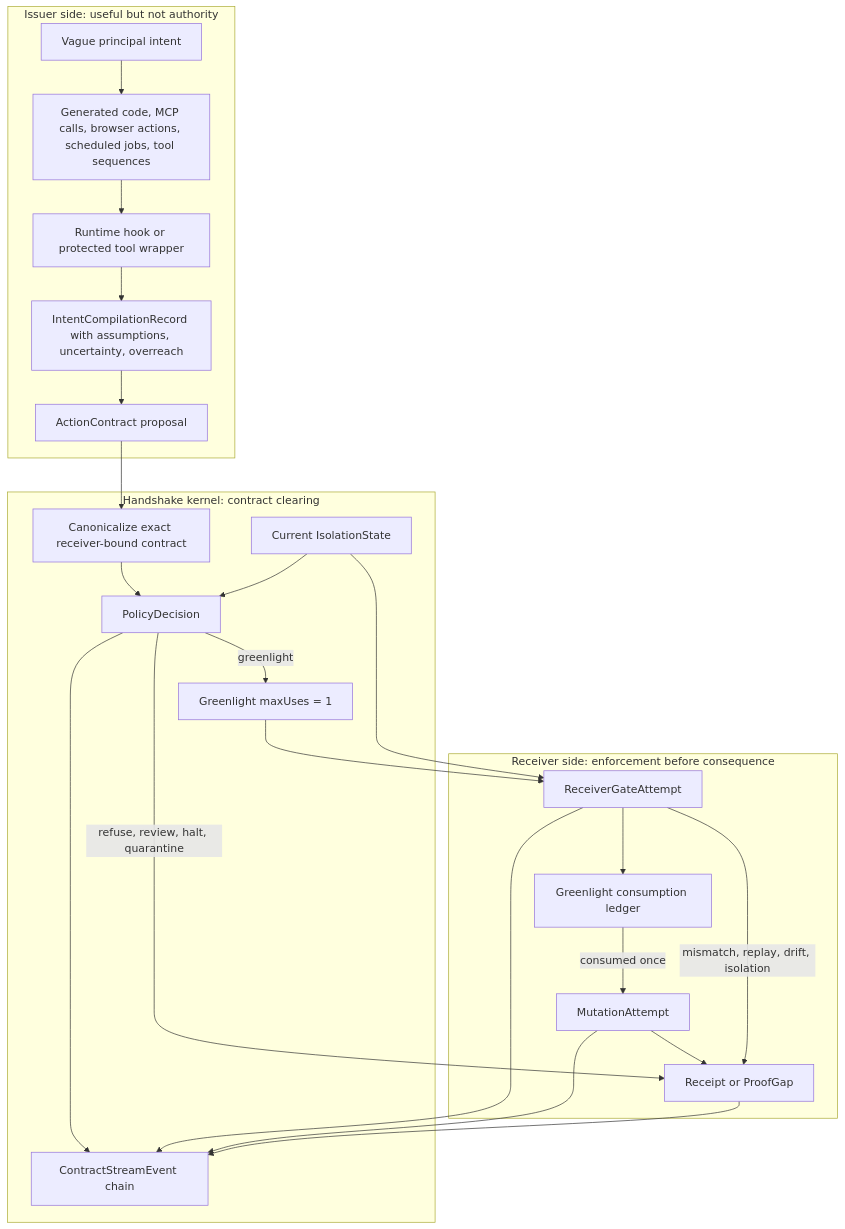
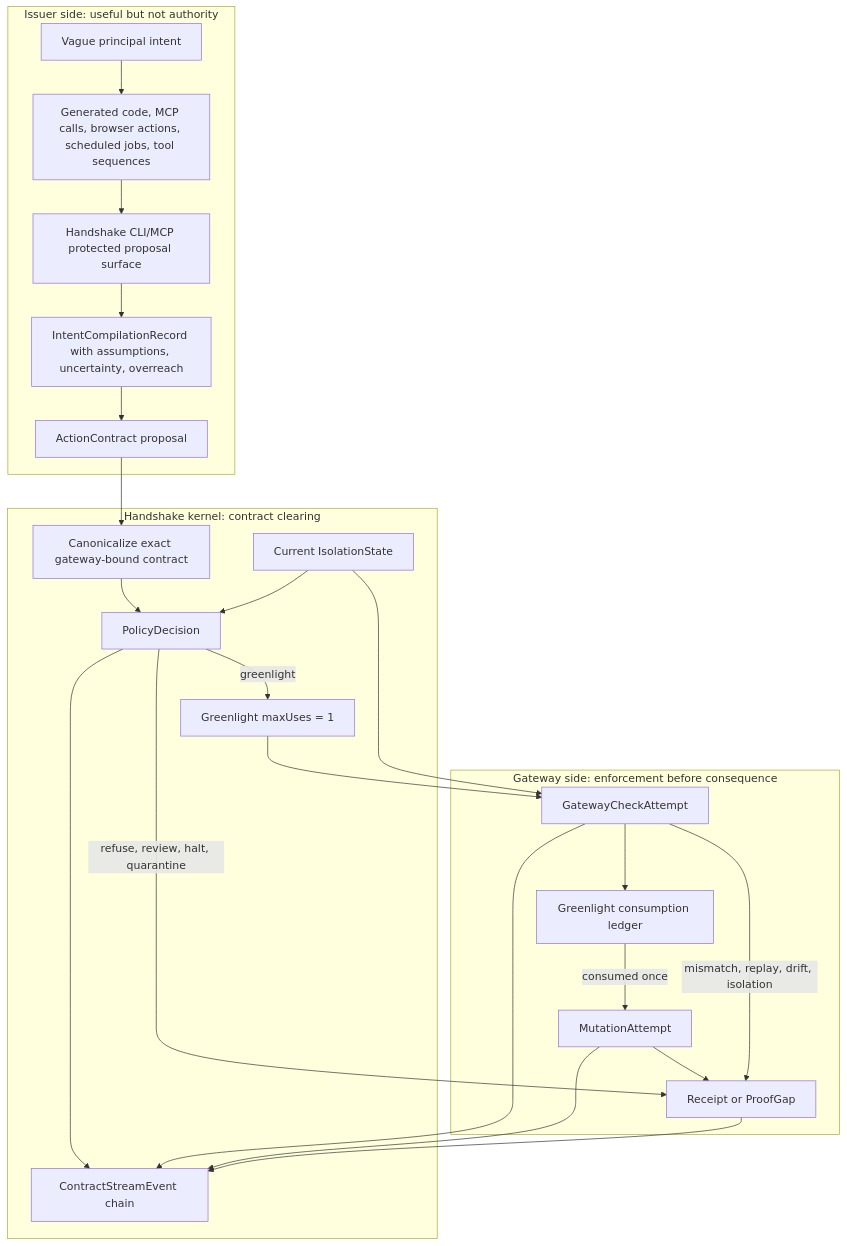
One commit to CreasyBear/handshake-protocol-source changed the second of 6 diagrams in docs/product-and-protocol-diagrams.md. Above: the diagram before and after it, drawn with Mermaid. The commit also changed other lines of this file and 72 other files, not shown here.

````diff
--- a/docs/product-and-protocol-diagrams.md
+++ b/docs/product-and-protocol-diagrams.md
@@ -52,38 +54,38 @@
 ```mermaid
 flowchart TB
   subgraph issuer["Issuer side: useful but not authority"]
     intent["Vague principal intent"]
     code["Generated code, MCP calls, browser actions, scheduled jobs, tool sequences"]
-    hook["Runtime hook or protected tool wrapper"]
+    hook["Handshake CLI/MCP protected proposal surface"]
     compilation["IntentCompilationRecord with assumptions, uncertainty, overreach"]
     contract["ActionContract proposal"]
   end
 
   subgraph kernel["Handshake kernel: contract clearing"]
-    canonical["Canonicalize exact receiver-bound contract"]
+    canonical["Canonicalize exact gateway-bound contract"]
     decision["PolicyDecision"]
     greenlight["Greenlight maxUses = 1"]
     isolation["Current IsolationState"]
     stream["ContractStreamEvent chain"]
   end
 
-  subgraph receiver["Receiver side: enforcement before consequence"]
-    gate["ReceiverGateAttempt"]
+  subgraph gateway["Gateway side: enforcement before consequence"]
+    gate["GatewayCheckAttempt"]
     ledger["Greenlight consumption ledger"]
     mutation["MutationAttempt"]
     receipt["Receipt or ProofGap"]
   end
 
   intent --> code --> hook --> compilation --> contract --> canonical --> decision
   isolation --> decision
   decision -->|"greenlight"| greenlight --> gate
   decision -->|"refuse, review, halt, quarantine"| receipt
   isolation --> gate
   gate --> ledger
   ledger -->|"consumed once"| mutation --> receipt
   gate -->|"mismatch, replay, drift, isolation"| receipt
   decision --> stream
   gate --> stream
   mutation --> stream
   receipt --> stream
 ```
````
